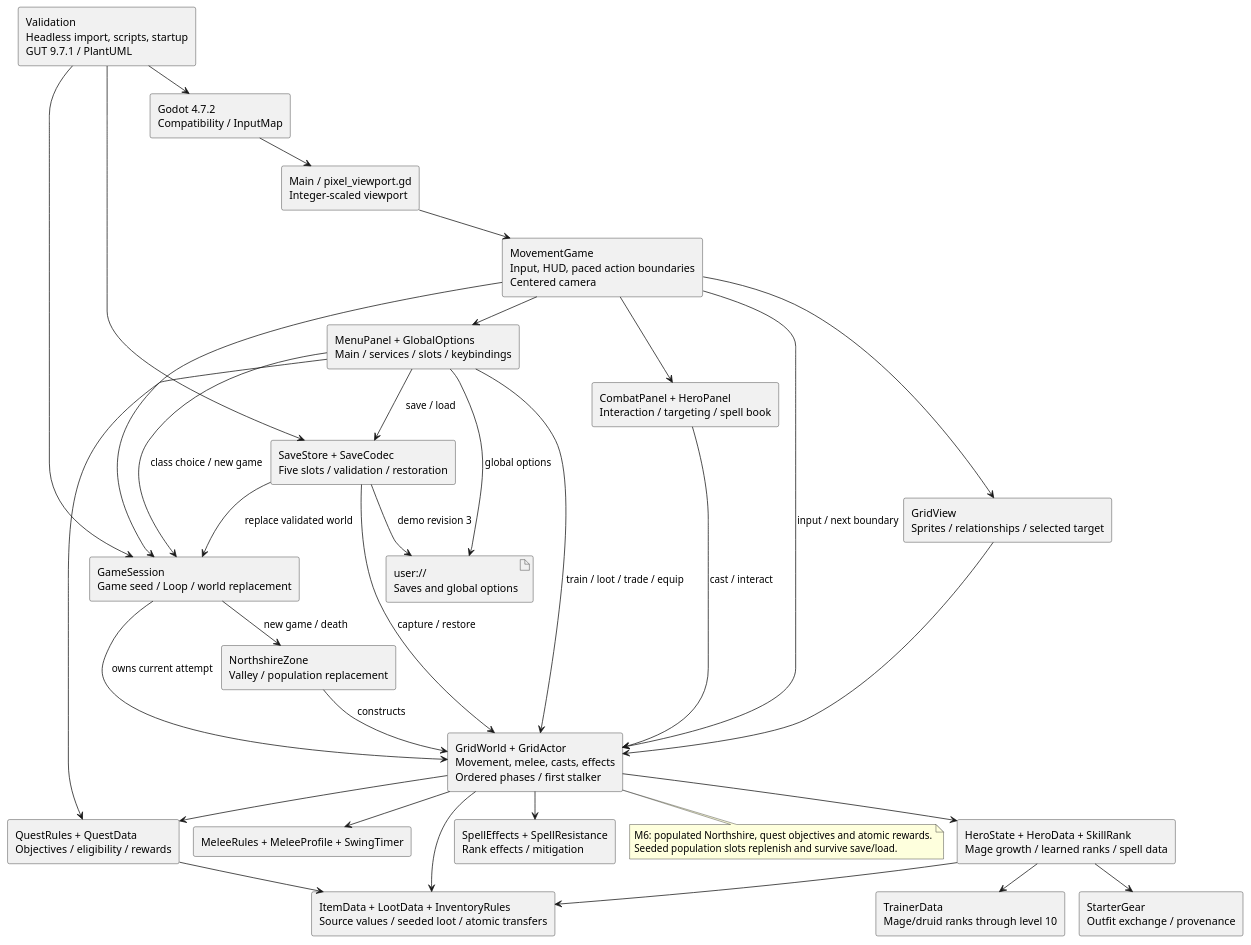
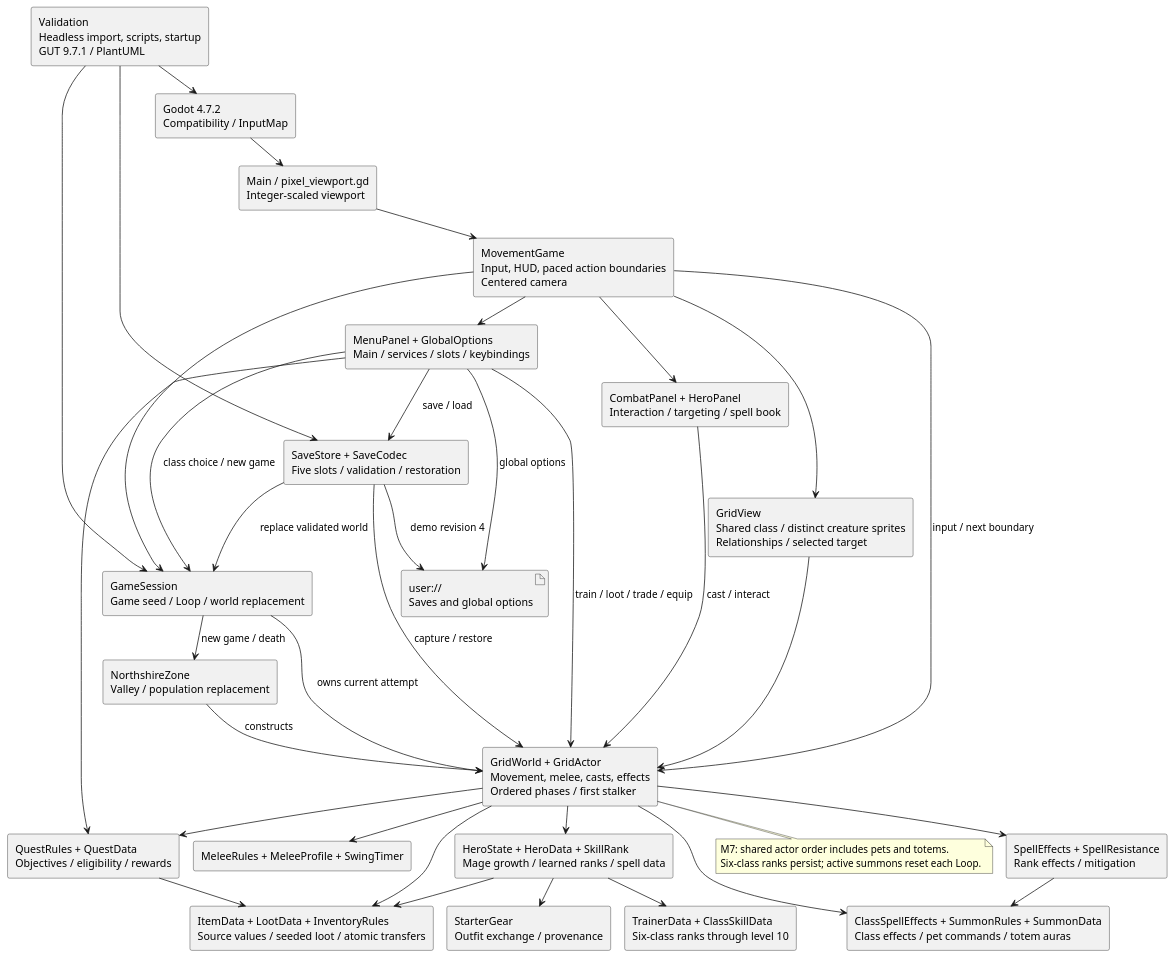
One commit to VHonzik/Ostinato changed the diagram in docs/architecture/components.puml. Above: the diagram before and after it, drawn with PlantUML. The commit also changed 39 other files, not shown here.

First line of the commit message:
Implement milestone 7: six classes, pets and totems (#7)

```diff
--- a/docs/architecture/components.puml
+++ b/docs/architecture/components.puml
@@ -1,60 +1,63 @@
 @startuml
 !pragma layout smetana
 skinparam componentStyle rectangle
 skinparam shadowing false
 component "Godot 4.7.2\nCompatibility / InputMap" as Godot
 component "Main / pixel_viewport.gd\nInteger-scaled viewport" as Main
 component "MovementGame\nInput, HUD, paced action boundaries\nCentered camera" as Game
 component "GameSession\nGame seed / Loop / world replacement" as Session
 component "GridWorld + GridActor\nMovement, melee, casts, effects\nOrdered phases / first stalker" as World
 component "NorthshireZone\nValley / population replacement" as Fixture
 component "QuestRules + QuestData\nObjectives / eligibility / rewards" as Quests
 component "HeroState + HeroData + SkillRank\nMage growth / learned ranks / spell data" as Hero
 component "StarterGear\nOutfit exchange / provenance" as Gear
 component "MeleeRules + MeleeProfile + SwingTimer" as Combat
 component "SpellEffects + SpellResistance\nRank effects / mitigation" as Spells
-component "TrainerData\nMage/druid ranks through level 10" as Training
+component "TrainerData + ClassSkillData\nSix-class ranks through level 10" as Training
+component "ClassSpellEffects + SummonRules + SummonData\nClass effects / pet commands / totem auras" as Summons
 component "ItemData + LootData + InventoryRules\nSource values / seeded loot / atomic transfers" as Items
 component "CombatPanel + HeroPanel\nInteraction / targeting / spell book" as Panels
 component "MenuPanel + GlobalOptions\nMain / services / slots / keybindings" as Menu
 component "SaveStore + SaveCodec\nFive slots / validation / restoration" as Saves
-component "GridView\nSprites / relationships / selected target" as View
+component "GridView\nShared class / distinct creature sprites\nRelationships / selected target" as View
 component "Validation\nHeadless import, scripts, startup\nGUT 9.7.1 / PlantUML" as Tests
 artifact "user://\nSaves and global options" as Files
 Godot --> Main
 Main --> Game
 Game --> Session
 Session --> Fixture : new game / death
 Fixture --> World : constructs
 Session --> World : owns current attempt
 Game --> World : input / next boundary
 World --> Hero
 Hero --> Gear
 World --> Combat
 World --> Spells
+World --> Summons
+Spells --> Summons
 World --> Items
 World --> Quests
 Menu --> Quests
 Quests --> Items
 Hero --> Items
 Hero --> Training
 Menu --> World : train / loot / trade / equip
 Game --> Panels
 Panels --> World : cast / interact
 Game --> Menu
 Menu --> Session : class choice / new game
 Menu --> Saves : save / load
 Saves --> Session : replace validated world
 Saves --> World : capture / restore
 Menu --> Files : global options
-Saves --> Files : demo revision 3
+Saves --> Files : demo revision 4
 Game --> View
 View --> World
 Tests --> Godot
 Tests --> Session
 Tests --> Saves
 note bottom of World
-M6: populated Northshire, quest objectives and atomic rewards.
-Seeded population slots replenish and survive save/load.
+M7: shared actor order includes pets and totems.
+Six-class ranks persist; active summons reset each Loop.
 end note
 @enduml
```
